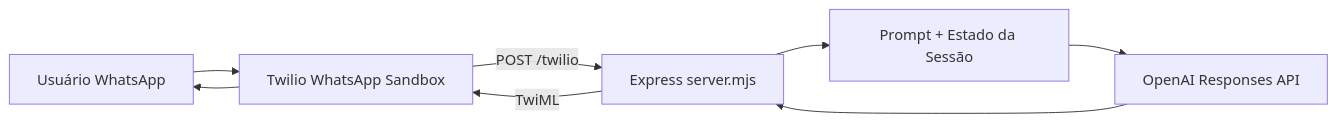
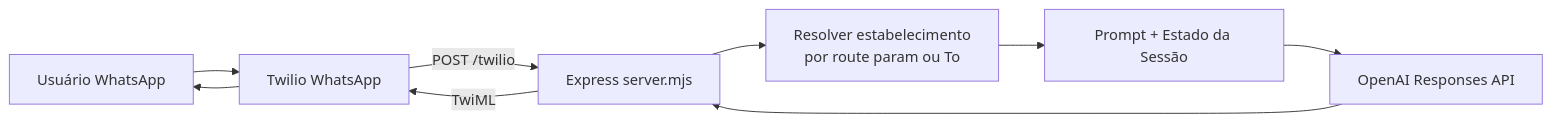
One commit to miguellmoura/ai-bot-whatsapp changed the diagram in docs/architecture.md. Above: the diagram before and after it, drawn with Mermaid. The commit also changed other lines of this file and 8 other files, not shown here.

````diff
--- a/docs/architecture.md
+++ b/docs/architecture.md
@@ -10,10 +10,12 @@
 ```mermaid
 flowchart LR
-  U[Usuário WhatsApp] --> T[Twilio WhatsApp Sandbox]
+  U[Usuário WhatsApp] --> T[Twilio WhatsApp]
   T -->|POST /twilio| S[Express server.mjs]
-  S --> P[Prompt + Estado da Sessão]
+  S --> R[Resolver estabelecimento
+  por route param ou To]
+  R --> P[Prompt + Estado da Sessão]
   P --> O[OpenAI Responses API]
   O --> S
   S -->|TwiML| T
   T --> U
 ```
````
